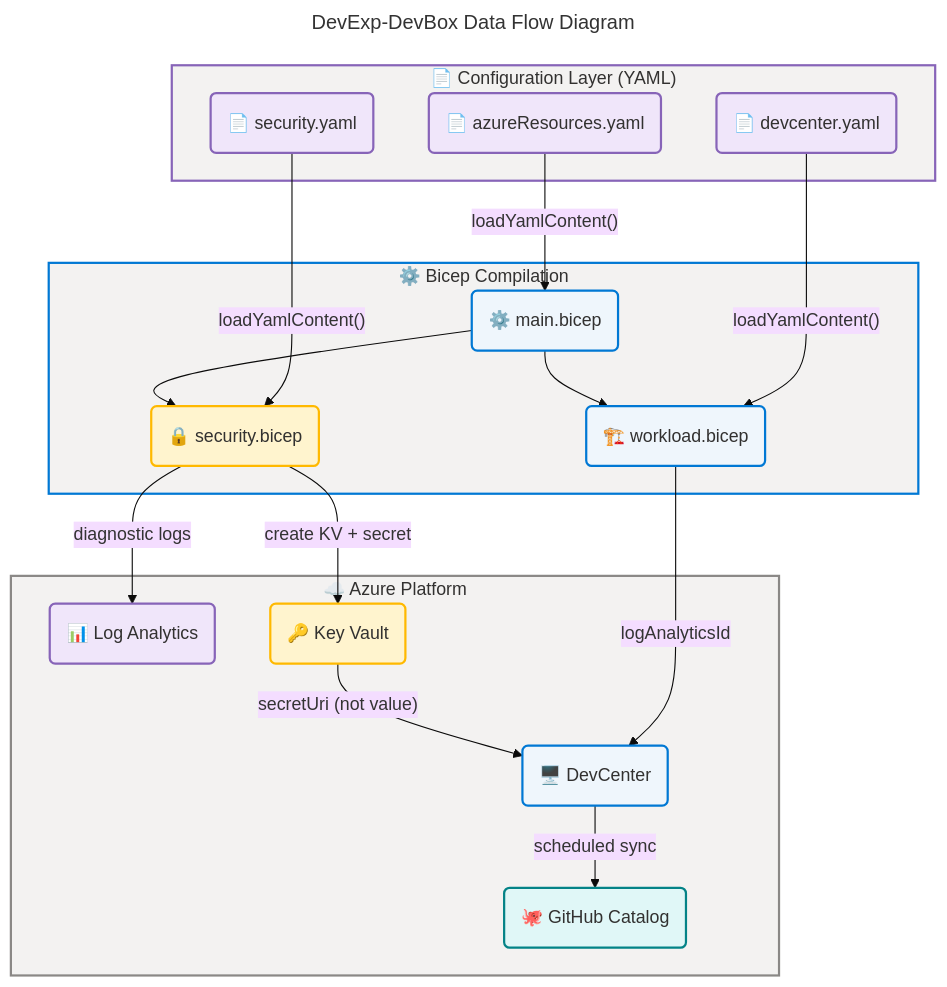
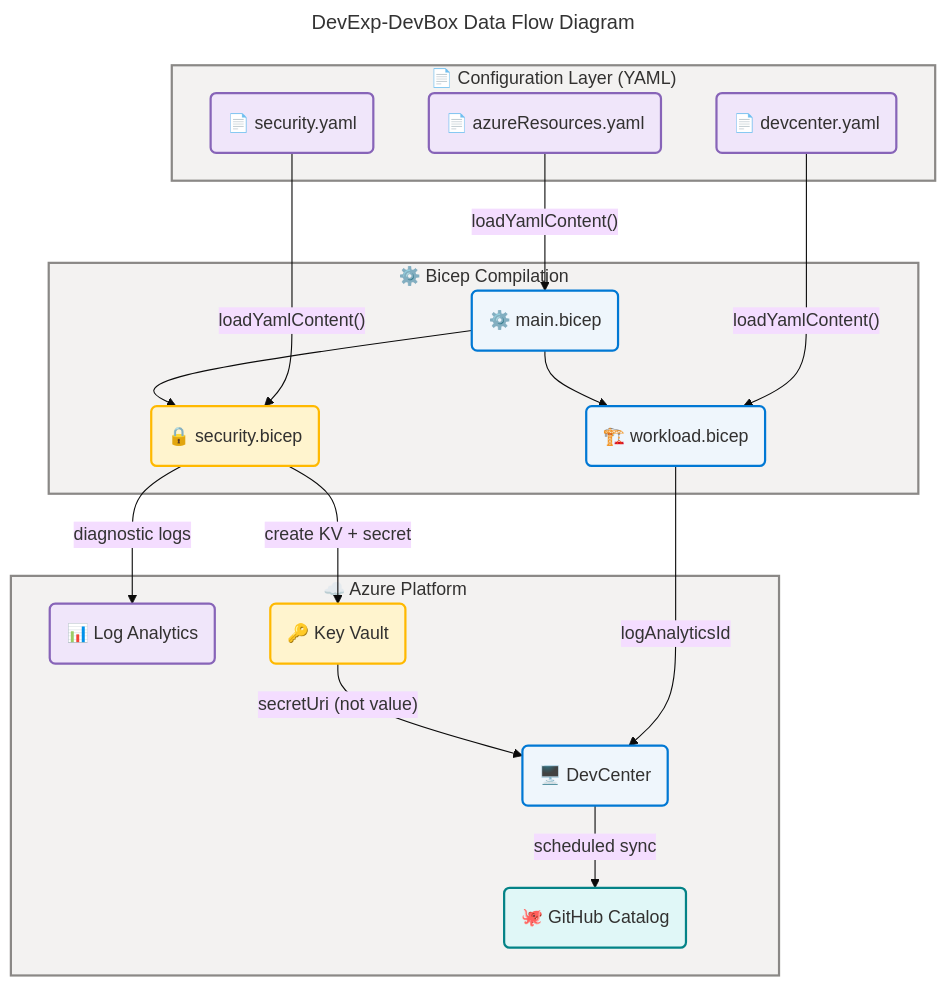
Diagram 15 of 15 in docs/architecture/application-architecture.md (Evilazaro/DevExp-DevBox), drawn with Mermaid before and after one commit. The commit also changed other lines of this file, not shown here.

Commit message:
refactor: update YAML contract terminology and enhance diagram verification scores for improved clarity

````diff
--- a/docs/architecture/application-architecture.md
+++ b/docs/architecture/application-architecture.md
@@ -2426,67 +2429,67 @@
 ```mermaid
 ---
 title: DevExp-DevBox Data Flow Diagram
 config:
   theme: base
   look: classic
   layout: dagre
   themeVariables:
     fontSize: '16px'
   flowchart:
     htmlLabels: true
 ---
 flowchart TB
     accTitle: DevExp-DevBox Data Flow Diagram
     accDescr: Shows how configuration data from YAML files flows through Bicep modules to Azure platform services and how secrets are managed via Key Vault
 
     %% ═══════════════════════════════════════════════════════════════════════════
     %% AZURE / FLUENT ARCHITECTURE PATTERN v1.1
     %% (Semantic + Structural + Font + Accessibility Governance)
     %% ═══════════════════════════════════════════════════════════════════════════
     %% PHASE 1 - FLUENT UI: All styling uses approved Fluent UI palette only
     %% PHASE 2 - GROUPS: Every subgraph has semantic color via style directive
     %% PHASE 3 - COMPONENTS: Every node has semantic classDef + icon prefix
     %% PHASE 4 - ACCESSIBILITY: accTitle/accDescr present, WCAG AA contrast
     %% PHASE 5 - STANDARD: Governance block present, classDefs centralized
     %% ═══════════════════════════════════════════════════════════════════════════
 
     subgraph config["📄 Configuration Layer (YAML)"]
         yamlRes("📄 azureResources.yaml"):::data
         yamlDC("📄 devcenter.yaml"):::data
         yamlSec("📄 security.yaml"):::data
     end
 
     subgraph bicep["⚙️ Bicep Compilation"]
         main("⚙️ main.bicep"):::core
         secMod("🔒 security.bicep"):::warning
         wlMod("🏗️ workload.bicep"):::core
     end
 
     subgraph azure["☁️ Azure Platform"]
         la("📊 Log Analytics"):::data
         kv("🔑 Key Vault"):::warning
         dc("🖥️ DevCenter"):::core
         gh("🐙 GitHub Catalog"):::external
     end
 
     yamlRes -->|"loadYamlContent()"| main
     yamlSec -->|"loadYamlContent()"| secMod
     yamlDC  -->|"loadYamlContent()"| wlMod
     main --> secMod
     main --> wlMod
     secMod -->|"create KV + secret"| kv
     secMod -->|"diagnostic logs"| la
     wlMod  -->|"logAnalyticsId"| dc
     kv     -->|"secretUri (not value)"| dc
     dc     -->|"scheduled sync"| gh
 
-    style config fill:#F3F2F1,stroke:#8764B8,stroke-width:2px,color:#323130
-    style bicep fill:#F3F2F1,stroke:#0078D4,stroke-width:2px,color:#323130
+    style config fill:#F3F2F1,stroke:#8A8886,stroke-width:2px,color:#323130
+    style bicep fill:#F3F2F1,stroke:#8A8886,stroke-width:2px,color:#323130
     style azure fill:#F3F2F1,stroke:#8A8886,stroke-width:2px,color:#323130
 
     classDef neutral fill:#FAFAFA,stroke:#8A8886,stroke-width:2px,color:#323130
     classDef core fill:#EFF6FC,stroke:#0078D4,stroke-width:2px,color:#323130
     classDef warning fill:#FFF4CE,stroke:#FFB900,stroke-width:2px,color:#323130
     classDef data fill:#F0E6FA,stroke:#8764B8,stroke-width:2px,color:#323130
     classDef external fill:#E0F7F7,stroke:#038387,stroke-width:2px,color:#323130
 ```
````
